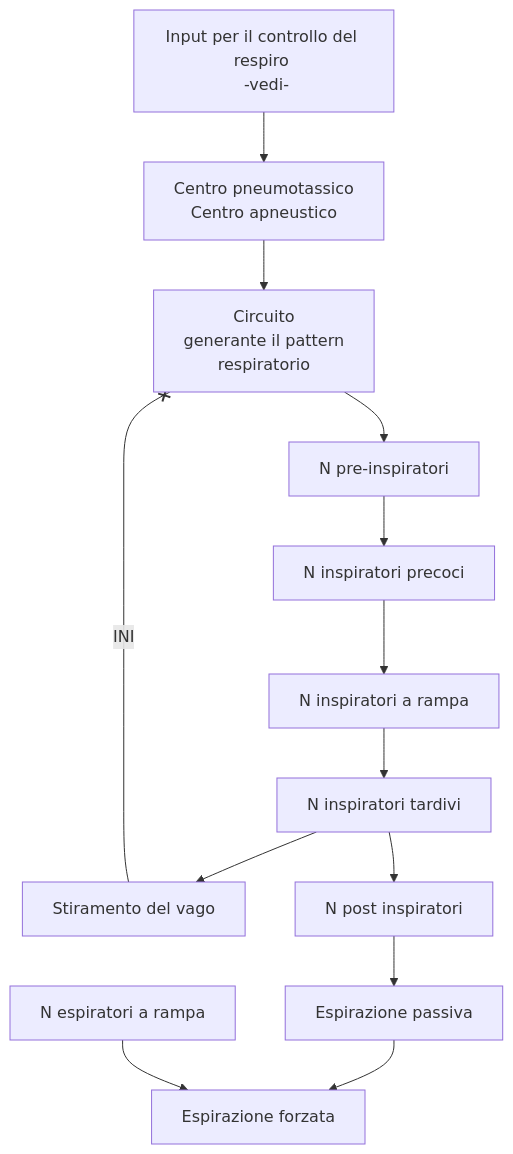
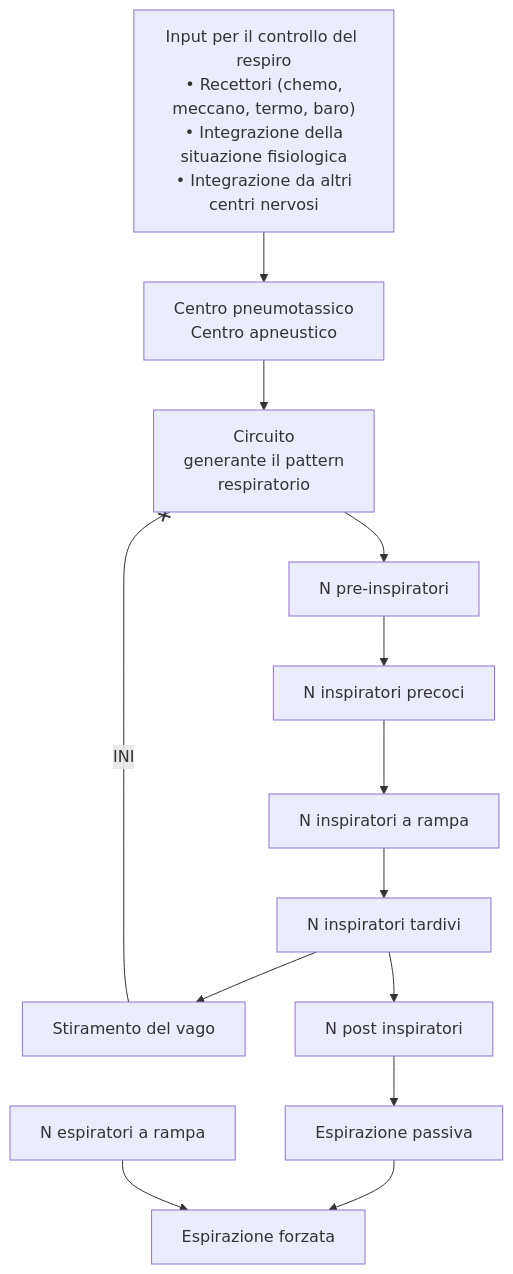
One commit to evicinelli/Med-Notes changed the diagram in Med2/Fisio/205-apparato-respiratorio.md. Above: the diagram before and after it, drawn with Mermaid. The commit also changed other lines of this file and 12 other files, not shown here.

````diff
--- a/Med2/Fisio/205-apparato-respiratorio.md
+++ b/Med2/Fisio/205-apparato-respiratorio.md
@@ -652,12 +652,12 @@
 ```mermaid
 flowchart TB
-	recettori[Input per il controllo del respiro \n -vedi- ] --> pneumo[Centro pneumotassico \n Centro apneustico] --> pattern[Circuito \n generante il pattern \n respiratorio]
+	recettori["Input per il controllo del respiro\n • Recettori (chemo, meccano, termo, baro)\n • Integrazione della situazione fisiologica\n • Integrazione da altri centri nervosi" ] --> pneumo[Centro pneumotassico \n Centro apneustico] --> pattern[Circuito \n generante il pattern \n respiratorio]
 
 	pattern --> pre[N pre-inspiratori] --> prec[N inspiratori precoci] --> iramp[N inspiratori a rampa] --> tard[N inspiratori tardivi]
 
 	tard --> vago[Stiramento del vago] --x|INI| pattern
 	tard --> pin[N post inspiratori] --> esp[Espirazione passiva]
 
 	esp --> esp2
 	nra[N espiratori a rampa] --> esp2[Espirazione forzata]
 ```
````
